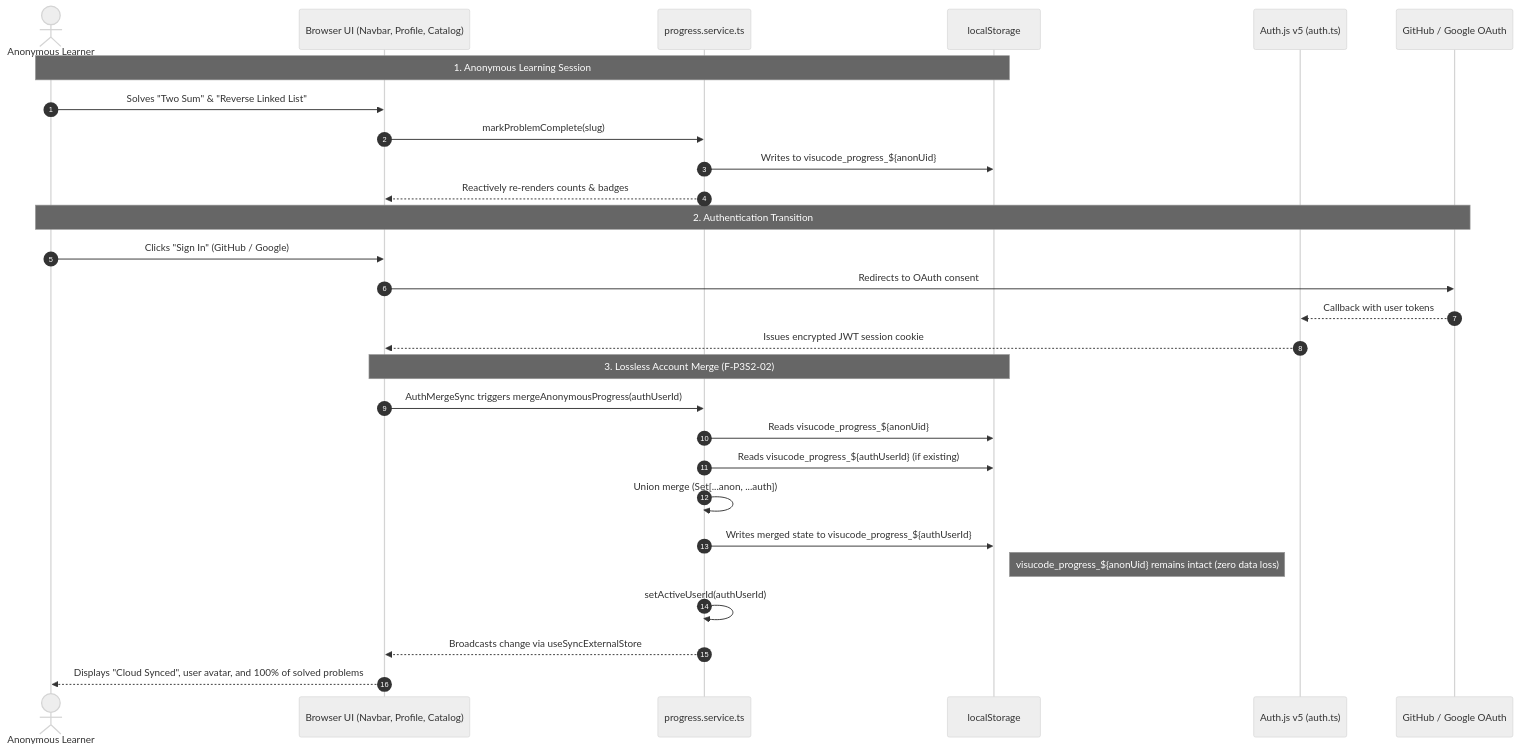
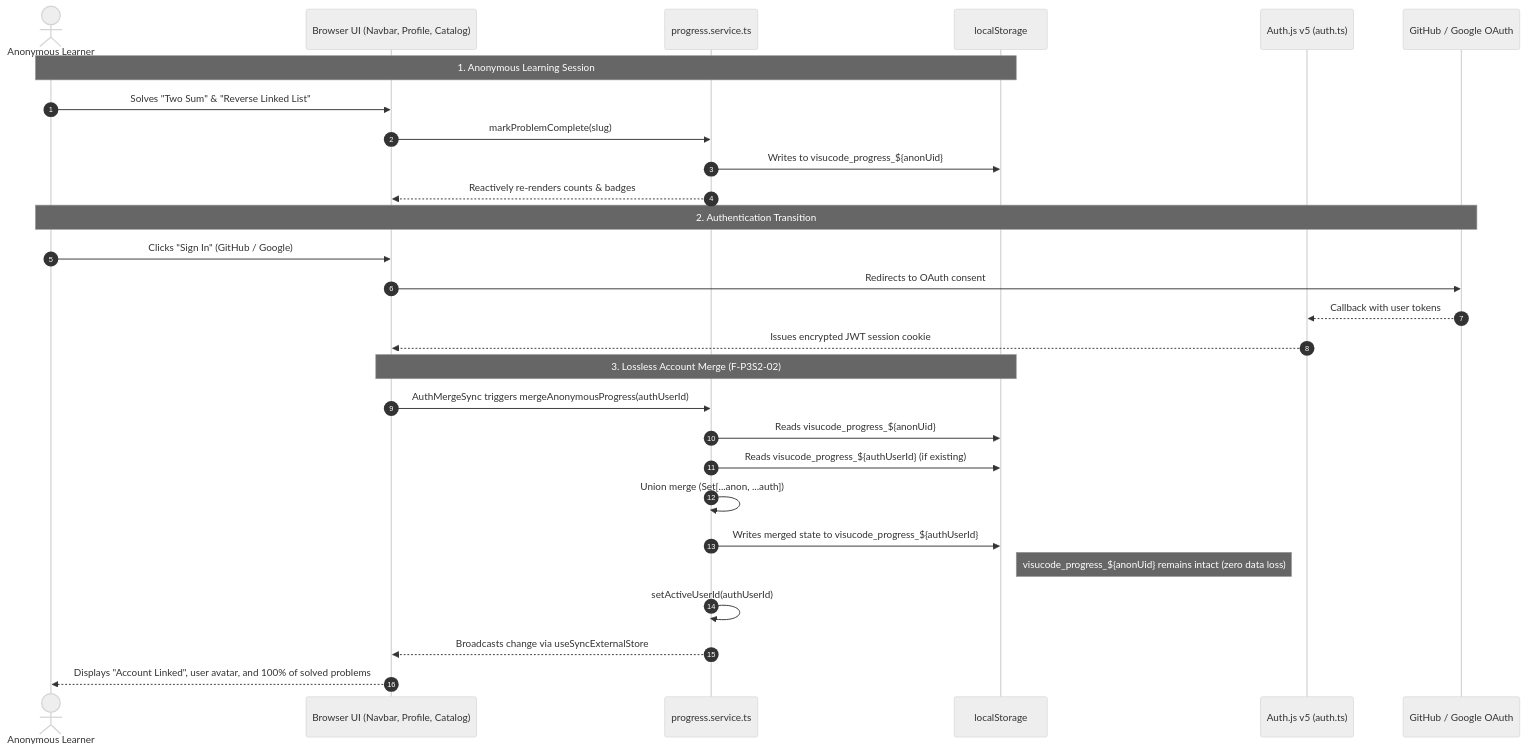
Before and after one commit to suvamAdhikary/visucode: the diagram in docs/phase-3-sprint-2-architecture.md, drawn with Mermaid (neutral theme). The commit also changed other lines of this file and 8 other files, not shown here.

````diff
--- a/docs/phase-3-sprint-2-architecture.md
+++ b/docs/phase-3-sprint-2-architecture.md
@@ -18,33 +18,33 @@
 ```mermaid
 sequenceDiagram
     autonumber
     actor Learner as Anonymous Learner
     participant Browser as Browser UI (Navbar, Profile, Catalog)
     participant Service as progress.service.ts
     participant Storage as localStorage
     participant Auth as Auth.js v5 (auth.ts)
     participant OAuth as GitHub / Google OAuth
 
     Note over Learner,Storage: 1. Anonymous Learning Session
     Learner->>Browser: Solves "Two Sum" & "Reverse Linked List"
     Browser->>Service: markProblemComplete(slug)
     Service->>Storage: Writes to visucode_progress_${anonUid}
     Service-->>Browser: Reactively re-renders counts & badges
 
     Note over Learner,OAuth: 2. Authentication Transition
     Learner->>Browser: Clicks "Sign In" (GitHub / Google)
     Browser->>OAuth: Redirects to OAuth consent
     OAuth-->>Auth: Callback with user tokens
     Auth-->>Browser: Issues encrypted JWT session cookie
 
     Note over Browser,Storage: 3. Lossless Account Merge (F-P3S2-02)
     Browser->>Service: AuthMergeSync triggers mergeAnonymousProgress(authUserId)
     Service->>Storage: Reads visucode_progress_${anonUid}
     Service->>Storage: Reads visucode_progress_${authUserId} (if existing)
     Service->>Service: Union merge (Set[...anon, ...auth])
     Service->>Storage: Writes merged state to visucode_progress_${authUserId}
     Note right of Storage: visucode_progress_${anonUid} remains intact (zero data loss)
     Service->>Service: setActiveUserId(authUserId)
     Service-->>Browser: Broadcasts change via useSyncExternalStore
-    Browser-->>Learner: Displays "Cloud Synced", user avatar, and 100% of solved problems
+    Browser-->>Learner: Displays "Account Linked", user avatar, and 100% of solved problems
 ```
````
